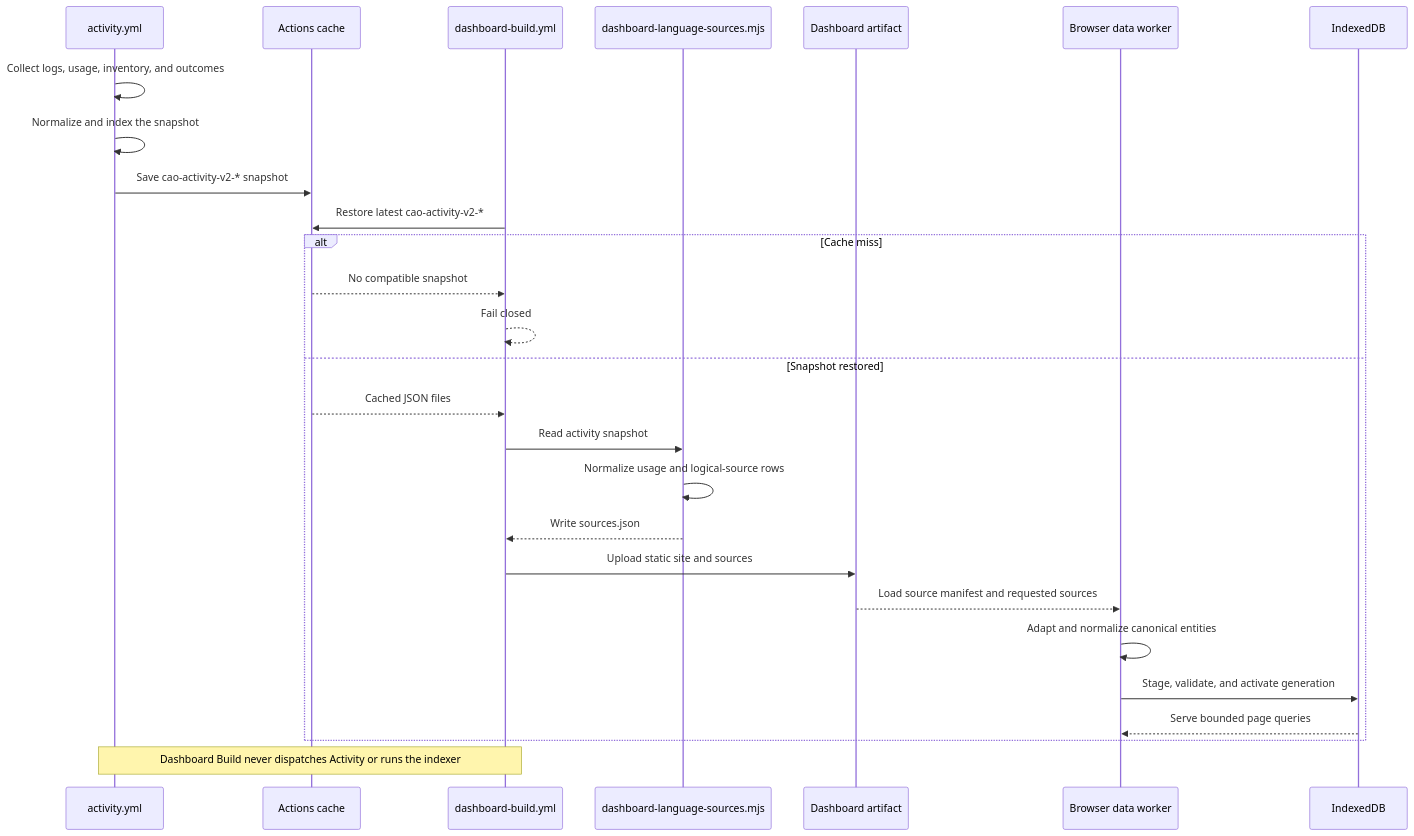
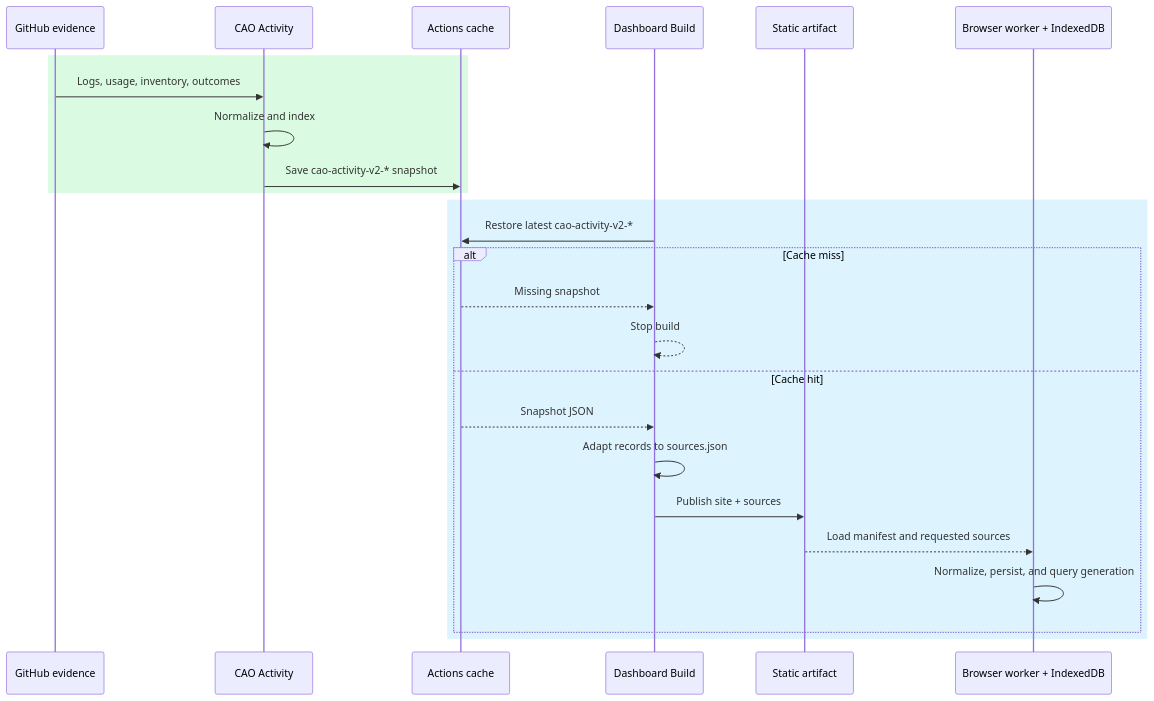
Before and after one commit to githubnext/gh-aw-cao: the diagram in docs/activity.md, drawn with Mermaid. The commit also changed other lines of this file, not shown here.

Commit message:
Polish dashboard data flow diagram

````diff
--- a/docs/activity.md
+++ b/docs/activity.md
@@ -23,32 +23,29 @@
 ```mermaid
 sequenceDiagram
-    participant Activity as activity.yml
+  participant GitHub as GitHub evidence
+  participant Activity as CAO Activity
     participant Cache as Actions cache
-    participant Build as dashboard-build.yml
-    participant Adapter as dashboard-language-sources.mjs
-    participant Artifact as Dashboard artifact
-    participant Worker as Browser data worker
-    participant IDB as IndexedDB
+  participant Build as Dashboard Build
+  participant Artifact as Static artifact
+  participant Browser as Browser worker + IndexedDB
 
-    Activity->>Activity: Collect logs, usage, inventory, and outcomes
-    Activity->>Activity: Normalize and index the snapshot
+  rect rgb(218, 251, 225)
+    GitHub->>Activity: Logs, usage, inventory, outcomes
+    Activity->>Activity: Normalize and index
     Activity->>Cache: Save cao-activity-v2-* snapshot
+  end
 
+  rect rgb(221, 244, 255)
     Build->>Cache: Restore latest cao-activity-v2-*
     alt Cache miss
-        Cache-->>Build: No compatible snapshot
-        Build-->>Build: Fail closed
-    else Snapshot restored
-        Cache-->>Build: Cached JSON files
-        Build->>Adapter: Read activity snapshot
-        Adapter->>Adapter: Normalize usage and logical-source rows
-        Adapter-->>Build: Write sources.json
-        Build->>Artifact: Upload static site and sources
-        Artifact-->>Worker: Load source manifest and requested sources
-        Worker->>Worker: Adapt and normalize canonical entities
-        Worker->>IDB: Stage, validate, and activate generation
-        IDB-->>Worker: Serve bounded page queries
+      Cache-->>Build: Missing snapshot
+      Build-->>Build: Stop build
+    else Cache hit
+      Cache-->>Build: Snapshot JSON
+      Build->>Build: Adapt records to sources.json
+      Build->>Artifact: Publish site + sources
+      Artifact-->>Browser: Load manifest and requested sources
+      Browser->>Browser: Normalize, persist, and query generation
     end
-
-    Note over Activity,Build: Dashboard Build never dispatches Activity or runs the indexer
+    end
 ```
````
